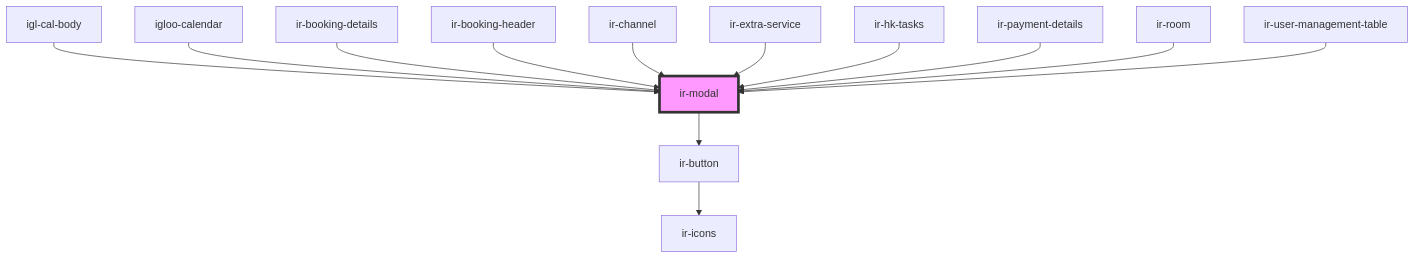
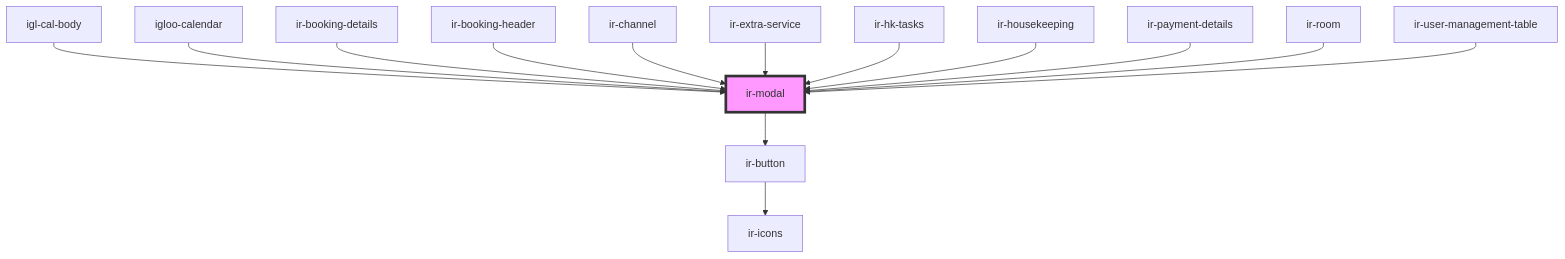
One commit to RonyRizk/ir-webcmp changed the diagram in src/components/ui/ir-modal/readme.md. Above: the diagram before and after it, drawn with Mermaid. The commit also changed other lines of this file and 29 other files, not shown here.

````diff
--- a/src/components/ui/ir-modal/readme.md
+++ b/src/components/ui/ir-modal/readme.md
@@ -86,16 +87,17 @@
 ```mermaid
 graph TD;
   ir-modal --> ir-button
   ir-button --> ir-icons
   igl-cal-body --> ir-modal
   igloo-calendar --> ir-modal
   ir-booking-details --> ir-modal
   ir-booking-header --> ir-modal
   ir-channel --> ir-modal
   ir-extra-service --> ir-modal
   ir-hk-tasks --> ir-modal
+  ir-housekeeping --> ir-modal
   ir-payment-details --> ir-modal
   ir-room --> ir-modal
   ir-user-management-table --> ir-modal
   style ir-modal fill:#f9f,stroke:#333,stroke-width:4px
 ```
````
